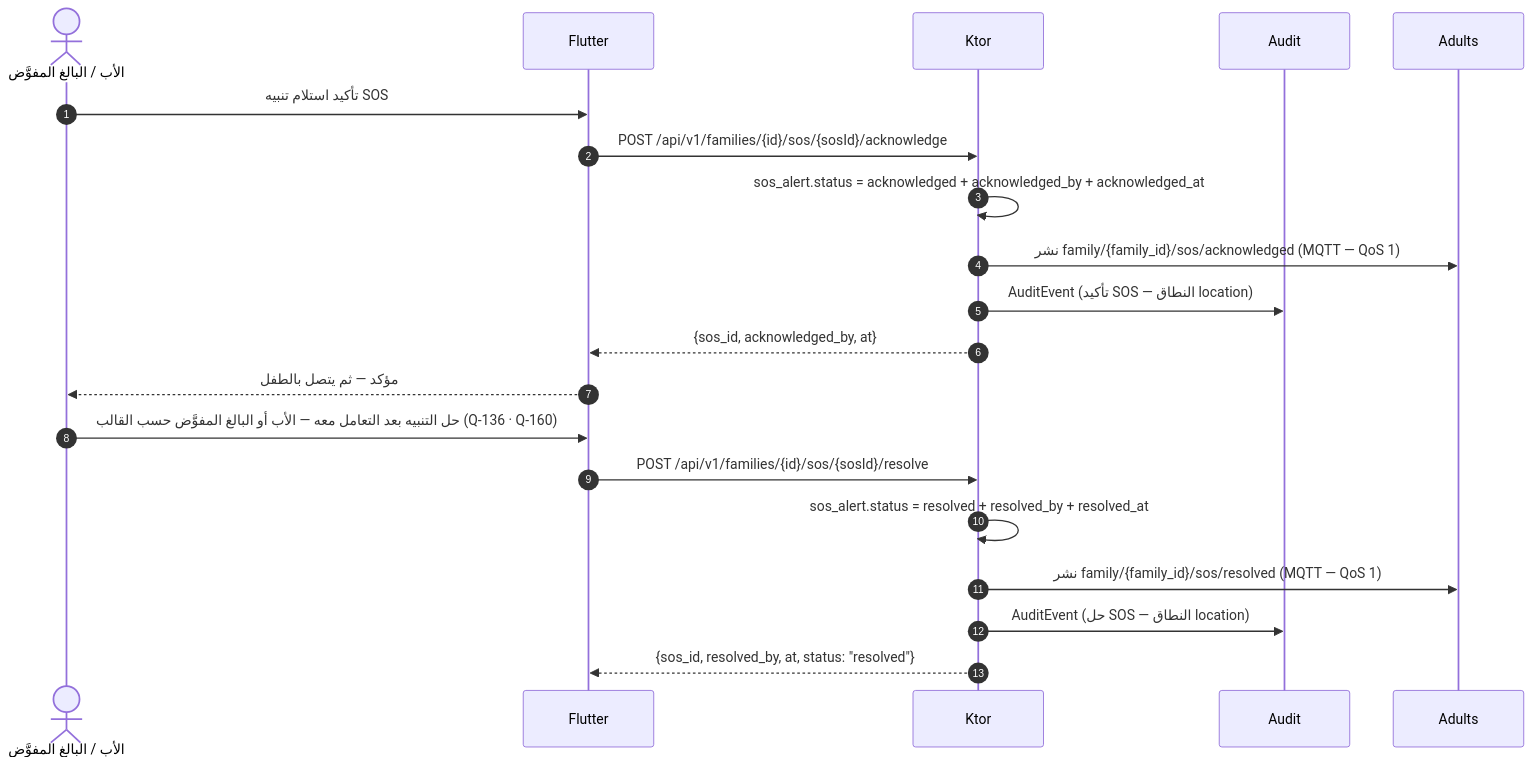
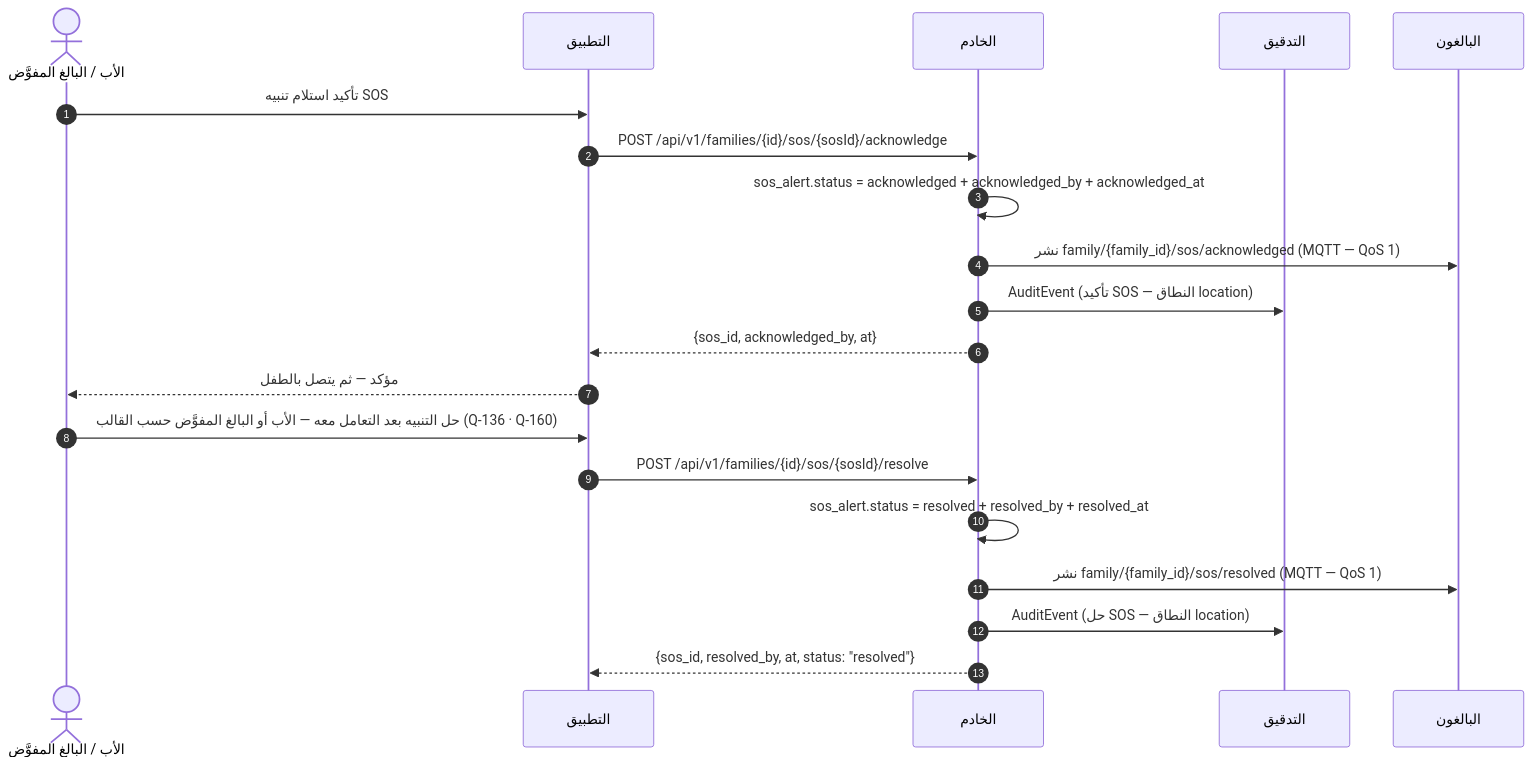
One commit to Bassam-mohammed-alqaeadi/family-os-v2 changed the seventh of 13 diagrams in docs/family-os/governance/phases/phase-1/S1-07-location-basic/DIAGRAMS.md. Above: the diagram before and after it, drawn with Mermaid. The commit also changed other lines of this file and 2 other files, not shown here.

First line of the commit message:
R2-CI-05 (P3): فحص Mermaid يتحقق من اتجاه إعلان المشاركين (R5-1) + قلب 26 إعلاناً معكوساً

````diff
--- a/docs/family-os/governance/phases/phase-1/S1-07-location-basic/DIAGRAMS.md
+++ b/docs/family-os/governance/phases/phase-1/S1-07-location-basic/DIAGRAMS.md
@@ -301,22 +301,22 @@
 ```mermaid
 sequenceDiagram
     autonumber
     actor Father as الأب / البالغ المفوَّض
-    participant التطبيق as Flutter
-    participant الخادم as Ktor
-    participant التدقيق as Audit
-    participant البالغون as Adults
-    Father->>التطبيق: تأكيد استلام تنبيه SOS
-    التطبيق->>الخادم: POST /api/v1/families/{id}/sos/{sosId}/acknowledge
-    الخادم->>الخادم: sos_alert.status = acknowledged + acknowledged_by + acknowledged_at
-    الخادم->>البالغون: نشر family/{family_id}/sos/acknowledged (MQTT — QoS 1)
-    الخادم->>التدقيق: AuditEvent (تأكيد SOS — النطاق location)
-    الخادم-->>التطبيق: {sos_id, acknowledged_by, at}
-    التطبيق-->>Father: مؤكد — ثم يتصل بالطفل
-    Father->>التطبيق: حل التنبيه بعد التعامل معه — الأب أو البالغ المفوَّض حسب القالب (Q-136 · Q-160)
-    التطبيق->>الخادم: POST /api/v1/families/{id}/sos/{sosId}/resolve
-    الخادم->>الخادم: sos_alert.status = resolved + resolved_by + resolved_at
-    الخادم->>البالغون: نشر family/{family_id}/sos/resolved (MQTT — QoS 1)
-    الخادم->>التدقيق: AuditEvent (حل SOS — النطاق location)
-    الخادم-->>التطبيق: {sos_id, resolved_by, at, status: "resolved"}
+    participant Flutter as التطبيق
+    participant Ktor as الخادم
+    participant Audit as التدقيق
+    participant Adults as البالغون
+    Father->>Flutter: تأكيد استلام تنبيه SOS
+    Flutter->>Ktor: POST /api/v1/families/{id}/sos/{sosId}/acknowledge
+    Ktor->>Ktor: sos_alert.status = acknowledged + acknowledged_by + acknowledged_at
+    Ktor->>Adults: نشر family/{family_id}/sos/acknowledged (MQTT — QoS 1)
+    Ktor->>Audit: AuditEvent (تأكيد SOS — النطاق location)
+    Ktor-->>Flutter: {sos_id, acknowledged_by, at}
+    Flutter-->>Father: مؤكد — ثم يتصل بالطفل
+    Father->>Flutter: حل التنبيه بعد التعامل معه — الأب أو البالغ المفوَّض حسب القالب (Q-136 · Q-160)
+    Flutter->>Ktor: POST /api/v1/families/{id}/sos/{sosId}/resolve
+    Ktor->>Ktor: sos_alert.status = resolved + resolved_by + resolved_at
+    Ktor->>Adults: نشر family/{family_id}/sos/resolved (MQTT — QoS 1)
+    Ktor->>Audit: AuditEvent (حل SOS — النطاق location)
+    Ktor-->>Flutter: {sos_id, resolved_by, at, status: "resolved"}
 ```
````
